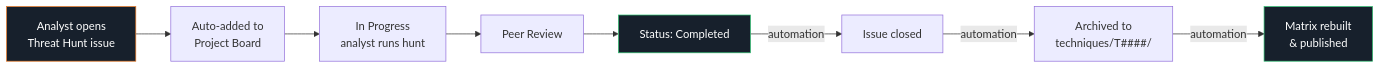
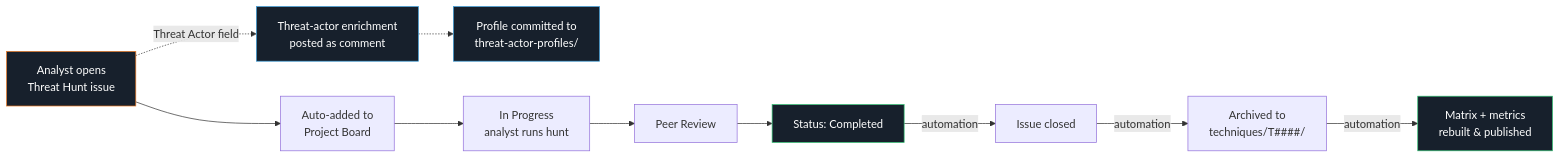
The first of 2 diagrams in README.md (Nvafiades1/threat-hunt-library), drawn with Mermaid before and after one commit. The commit also changed other lines of this file and 1 other file, not shown here.

First line of the commit message:
Threat-actor enrichment v2: MISP, MITRE campaigns, smart re-runs

````diff
--- a/README.md
+++ b/README.md
@@ -34,14 +34,18 @@
 ```mermaid
 flowchart LR
     A[Analyst opens<br/>Threat Hunt issue] --> B[Auto-added to<br/>Project Board]
+    A -.->|Threat Actor field| X[Threat-actor enrichment<br/>posted as comment]
+    X -.-> Y[Profile committed to<br/>threat-actor-profiles/]
     B --> C[In Progress<br/>analyst runs hunt]
     C --> D[Peer Review]
     D --> E[Status: Completed]
     E -->|automation| F[Issue closed]
     F -->|automation| G[Archived to<br/>techniques/T####/]
-    G -->|automation| H[Matrix rebuilt<br/>& published]
+    G -->|automation| H[Matrix + metrics<br/>rebuilt & published]
 
     style A fill:#17202c,stroke:#e87722,color:#fff
     style E fill:#17202c,stroke:#2fbf71,color:#fff
     style H fill:#17202c,stroke:#2fbf71,color:#fff
+    style X fill:#17202c,stroke:#3a9cd8,color:#fff
+    style Y fill:#17202c,stroke:#3a9cd8,color:#fff
 ```
````
